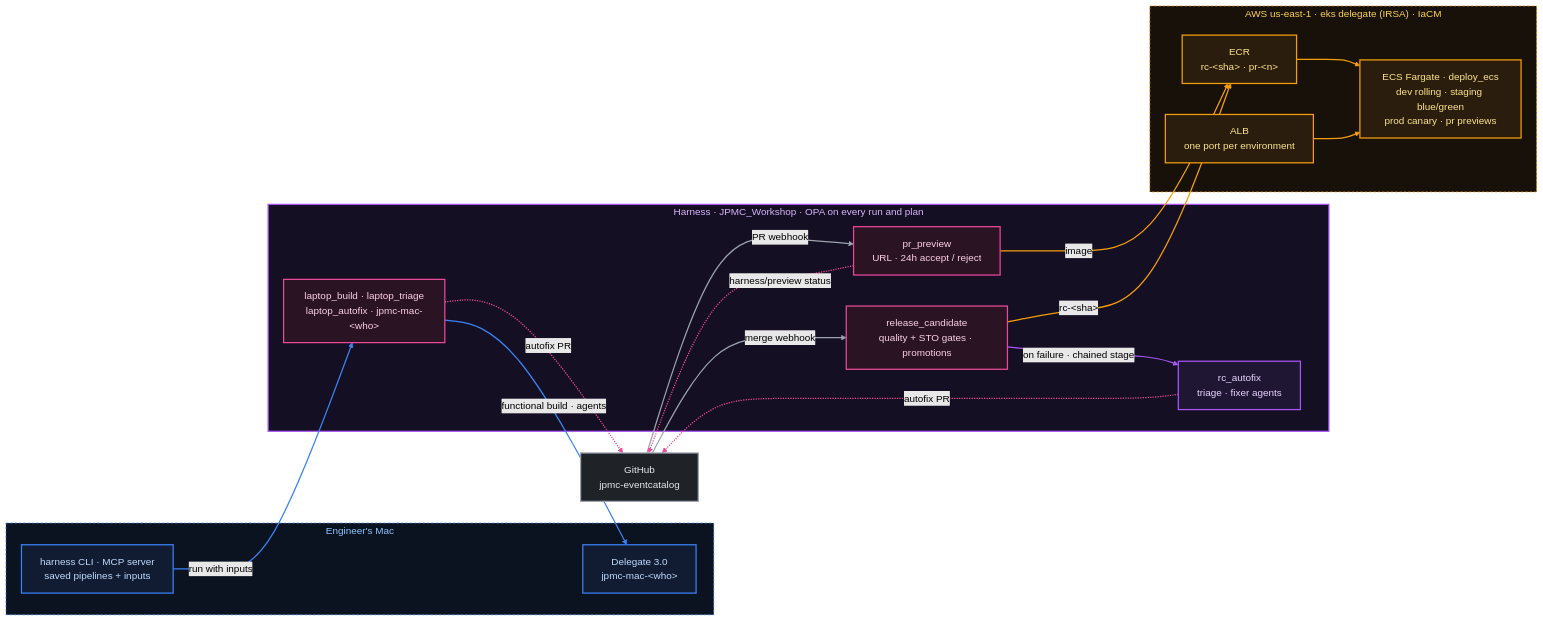
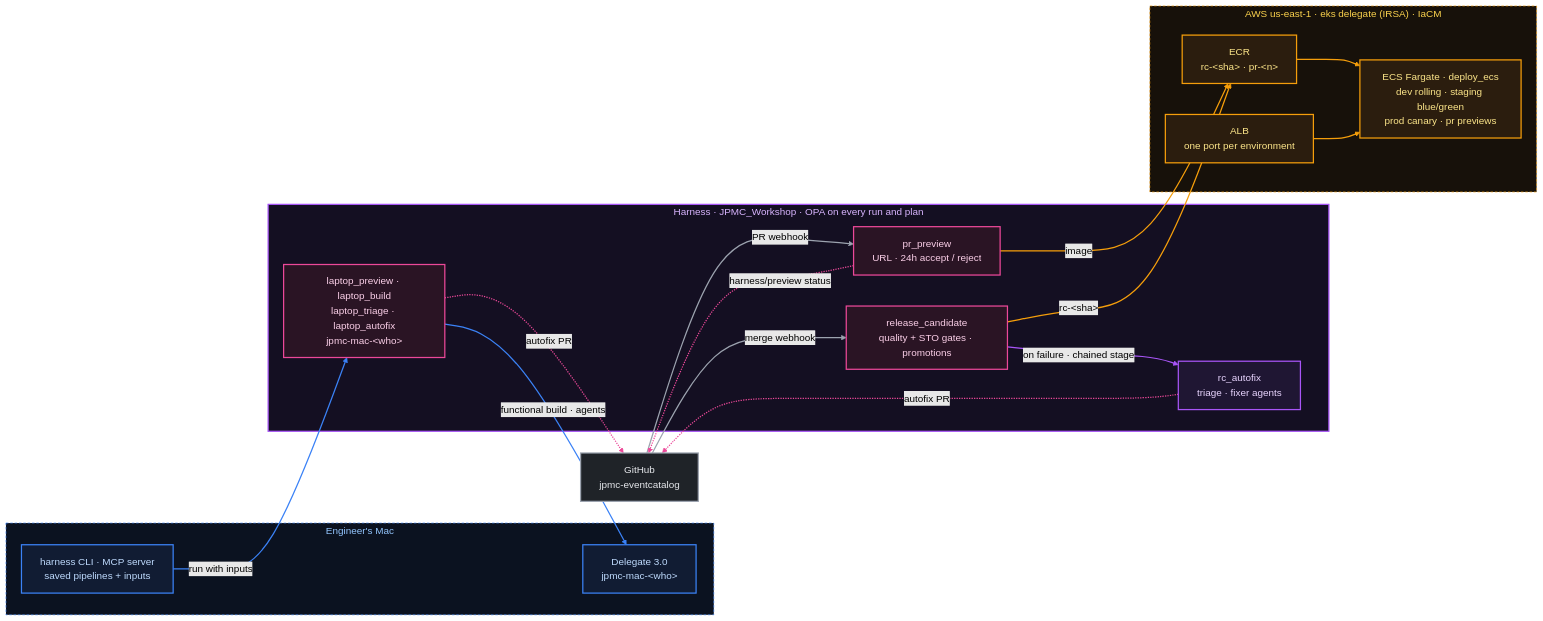
One commit to mansong1/jpmc-eventcatalog changed the diagram in examples/default/docs/delivery/01-delivery-architecture.mdx. Above: the diagram before and after it, drawn with Mermaid (forest theme). The commit also changed 5 other files, not shown here.

First line of the commit message:
docs(delivery): laptop_preview is the by-hand preview

````diff
--- a/examples/default/docs/delivery/01-delivery-architecture.mdx
+++ b/examples/default/docs/delivery/01-delivery-architecture.mdx
@@ -38,50 +38,50 @@
 ```mermaid
 flowchart LR
   subgraph laptop["Engineer's Mac"]
     cli["harness CLI · MCP server<br/>saved pipelines + inputs"]
     d3["Delegate 3.0<br/>jpmc-mac-&lt;who&gt;"]
   end
   repo["GitHub<br/>jpmc-eventcatalog"]
   subgraph harness["Harness · JPMC_Workshop · OPA on every run and plan"]
-    lap["laptop_build · laptop_triage<br/>laptop_autofix · jpmc-mac-&lt;who&gt;"]
+    lap["laptop_preview · laptop_build<br/>laptop_triage · laptop_autofix<br/>jpmc-mac-&lt;who&gt;"]
     pv["pr_preview<br/>URL · 24h accept / reject"]
     rc["release_candidate<br/>quality + STO gates · promotions"]
     agents["rc_autofix<br/>triage · fixer agents"]
   end
   subgraph aws["AWS us-east-1 · eks delegate (IRSA) · IaCM"]
     ecr["ECR<br/>rc-&lt;sha&gt; · pr-&lt;n&gt;"]
     ecs["ECS Fargate · deploy_ecs<br/>dev rolling · staging blue/green<br/>prod canary · pr previews"]
     alb["ALB<br/>one port per environment"]
   end
 
   cli -->|run with inputs| lap
   lap -->|functional build · agents| d3
   repo -->|PR webhook| pv
   repo -->|merge webhook| rc
   rc -->|on failure · chained stage| agents
   pv -->|image| ecr
   rc -->|rc-&lt;sha&gt;| ecr
   ecr --> ecs
   alb --> ecs
   pv -.->|harness/preview status| repo
   agents & lap -.->|autofix PR| repo
 
   classDef pipeline fill:#2a1424,stroke:#ec4899,stroke-width:2px,color:#fbcfe8
   classDef entry fill:#111c33,stroke:#3b82f6,stroke-width:2px,color:#bfdbfe
   classDef agent fill:#1f1633,stroke:#a855f7,stroke-width:2px,color:#e9d5ff
   classDef ext fill:#1f2328,stroke:#9ca3af,stroke-width:2px,color:#e5e7eb
   classDef cloud fill:#2b1d0e,stroke:#f59e0b,stroke-width:2px,color:#fde68a
   class pv,rc,lap pipeline
   class cli,d3 entry
   class agents agent
   class repo ext
   class ecr,ecs,alb cloud
   style laptop fill:#0b1220,stroke:#3b82f6,stroke-dasharray:4 3,color:#93c5fd
   style harness fill:#140f22,stroke:#a855f7,stroke-width:2px,color:#d8b4fe
   style aws fill:#17110a,stroke:#f59e0b,stroke-dasharray:4 3,color:#fcd34d
   linkStyle 0,1 stroke:#3b82f6,stroke-width:2px
   linkStyle 2,3 stroke:#9ca3af,stroke-width:2px
   linkStyle 4 stroke:#a855f7,stroke-width:2px
   linkStyle 5,6,7,8 stroke:#f59e0b,stroke-width:2px
   linkStyle 9,10,11 stroke:#ec4899,stroke-width:2px
 ```
````
